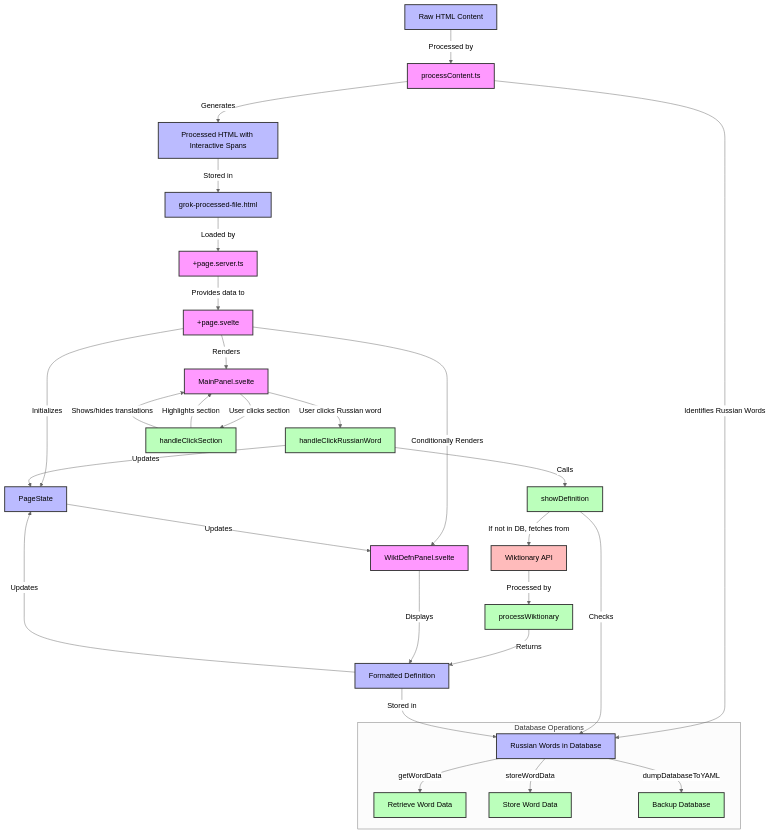
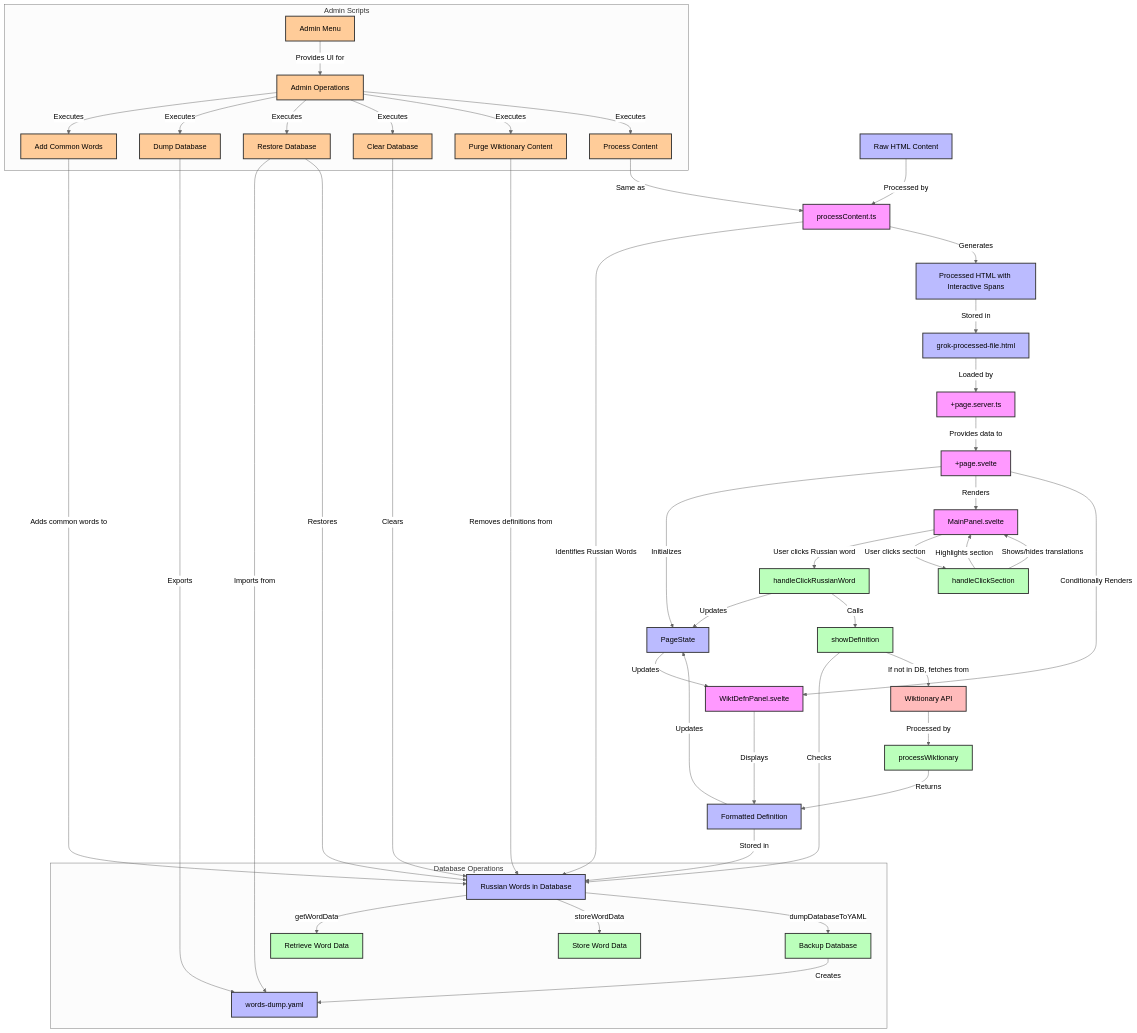
The diagram in flow.md (cognominal/spc-learn), drawn with Mermaid (neutral theme) before and after one commit. The commit also changed other lines of this file, not shown here.

Commit message:
annotated flow.md

````diff
--- a/flow.md
+++ b/flow.md
@@ -8,59 +8,82 @@
 ```mermaid
 graph TD
     %% Main Components
     A[Raw HTML Content] -->|Processed by| B[processContent.ts]
     B -->|Identifies Russian Words| C[Russian Words in Database]
     B -->|Generates| D[Processed HTML with Interactive Spans]
     D -->|Stored in| E[grok-processed-file.html]
-    
+
     %% Server-side Flow
     E -->|Loaded by| F[+page.server.ts]
     F -->|Provides data to| G[+page.svelte]
-    
+
     %% Client-side Flow
     G -->|Initializes| H[PageState]
     G -->|Renders| I[MainPanel.svelte]
     G -->|Conditionally Renders| J[WiktDefnPanel.svelte]
-    
+
     %% User Interaction Flow
     I -->|User clicks Russian word| K[handleClickRussianWord]
     K -->|Updates| H
     K -->|Calls| L[showDefinition]
-    
+
     %% Definition Retrieval Flow
     L -->|Checks| C
     L -->|If not in DB, fetches from| M[Wiktionary API]
     M -->|Processed by| N[processWiktionary]
     N -->|Returns| O[Formatted Definition]
     O -->|Stored in| C
     O -->|Updates| H
-    
+
     %% State Updates
     H -->|Updates| J
     J -->|Displays| O
-    
+
     %% Section Handling
     I -->|User clicks section| P[handleClickSection]
     P -->|Highlights section| I
     P -->|Shows/hides translations| I
-    
+
+    %% Admin Scripts
+    subgraph Admin Scripts
+        AA[Admin Menu] -->|Provides UI for| AB[Admin Operations]
+        AB -->|Executes| AC[Add Common Words]
+        AB -->|Executes| AD[Dump Database]
+        AB -->|Executes| AE[Restore Database]
+        AB -->|Executes| AF[Clear Database]
+        AB -->|Executes| AG[Purge Wiktionary Content]
+        AB -->|Executes| AH[Process Content]
+    end
+
+    %% Admin Script Effects
+    AC -->|Adds common words to| C
+    AD -->|Exports| AT[words-dump.yaml]
+    AE -->|Imports from| AT
+    AE -->|Restores| C
+    AF -->|Clears| C
+    AG -->|Removes definitions from| C
+    AH -->|Same as| B
+
     %% Database Operations
     subgraph Database Operations
         C -->|getWordData| Q[Retrieve Word Data]
         C -->|storeWordData| R[Store Word Data]
         C -->|dumpDatabaseToYAML| S[Backup Database]
+        S -->|Creates| AT
     end
-    
+
     %% Style Definitions
     classDef component fill:#f9f,stroke:#333,stroke-width:2px;
     classDef data fill:#bbf,stroke:#333,stroke-width:2px;
     classDef function fill:#bfb,stroke:#333,stroke-width:2px;
     classDef api fill:#fbb,stroke:#333,stroke-width:2px;
-    
+    classDef admin fill:#fc9,stroke:#333,stroke-width:2px;
+
     %% Apply Styles
-    class A,D,E,O data;
+    class A,D,E,O,AT data;
     class B,F,G,I,J component;
     class K,L,N,P,Q,R,S function;
     class M api;
     class C,H data;
+    class AA,AB,AC,AD,AE,AF,AG,AH admin;
 ```
````
